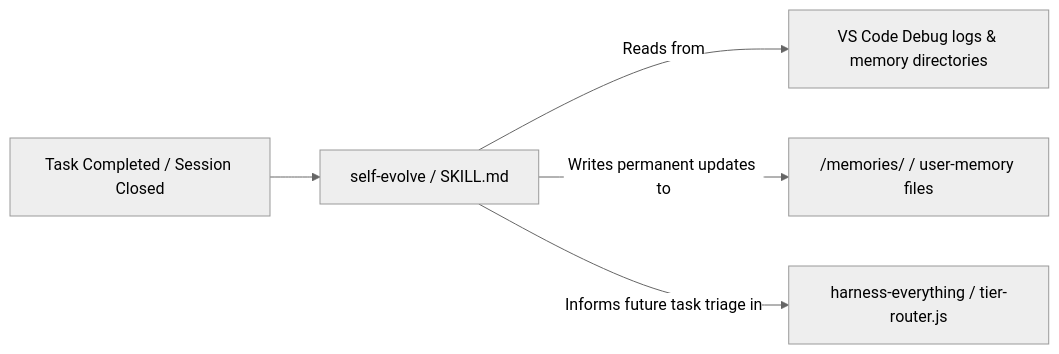
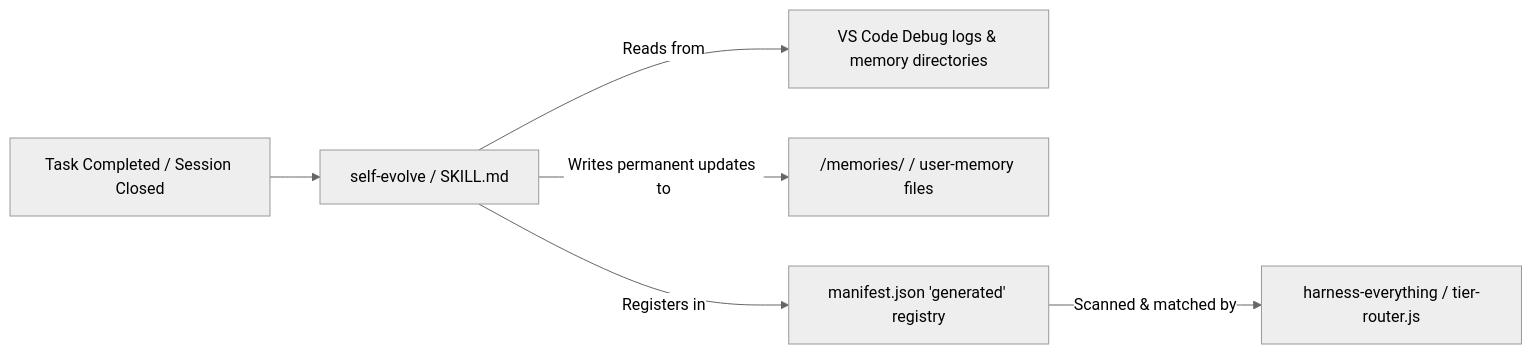
Before and after one commit to dyphn1/Harness-everything: the second of 3 diagrams in docs/workflows/self-evolve.md, drawn with Mermaid (neutral theme). The commit also changed other lines of this file and 1 other file, not shown here.

Commit message:
docs(workflows): update self-evolve and skill-creator workflows with manifest registration and auto-discovery paths

````diff
--- a/docs/workflows/self-evolve.md
+++ b/docs/workflows/self-evolve.md
@@ -27,7 +28,8 @@
 ```mermaid
 graph LR
   SessionEnd["Task Completed / Session Closed"] --> Evolve["self-evolve / SKILL.md"]
   Evolve -->|Reads from| HistoryLog["VS Code Debug logs & memory directories"]
   Evolve -->|Writes permanent updates to| UserMemory["/memories/ / user-memory files"]
-  Evolve -->|Informs future task triage in| Router["harness-everything / tier-router.js"]
+  Evolve -->|Registers in| Manifest["manifest.json 'generated' registry"]
+  Manifest -->|Scanned & matched by| Router["harness-everything / tier-router.js"]
 ```
````
